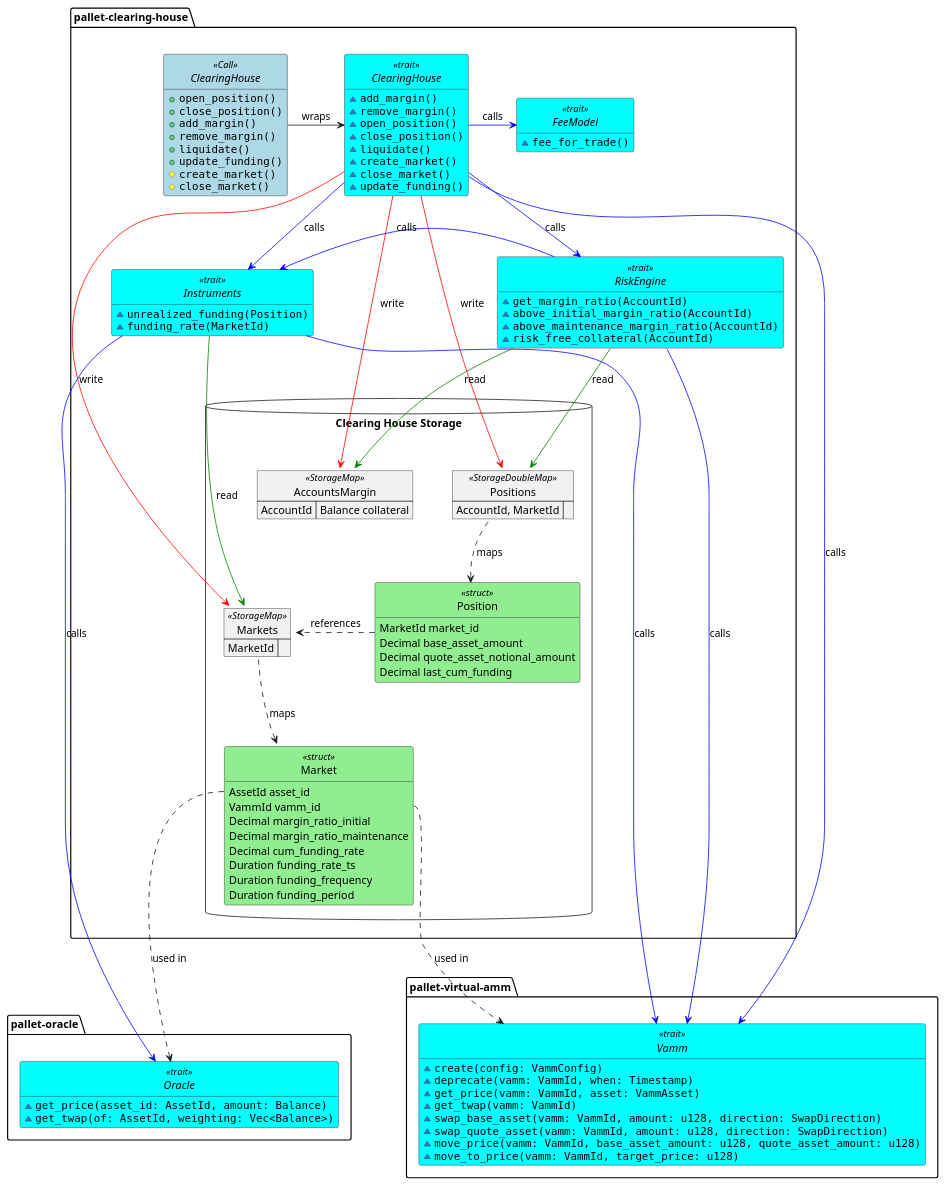
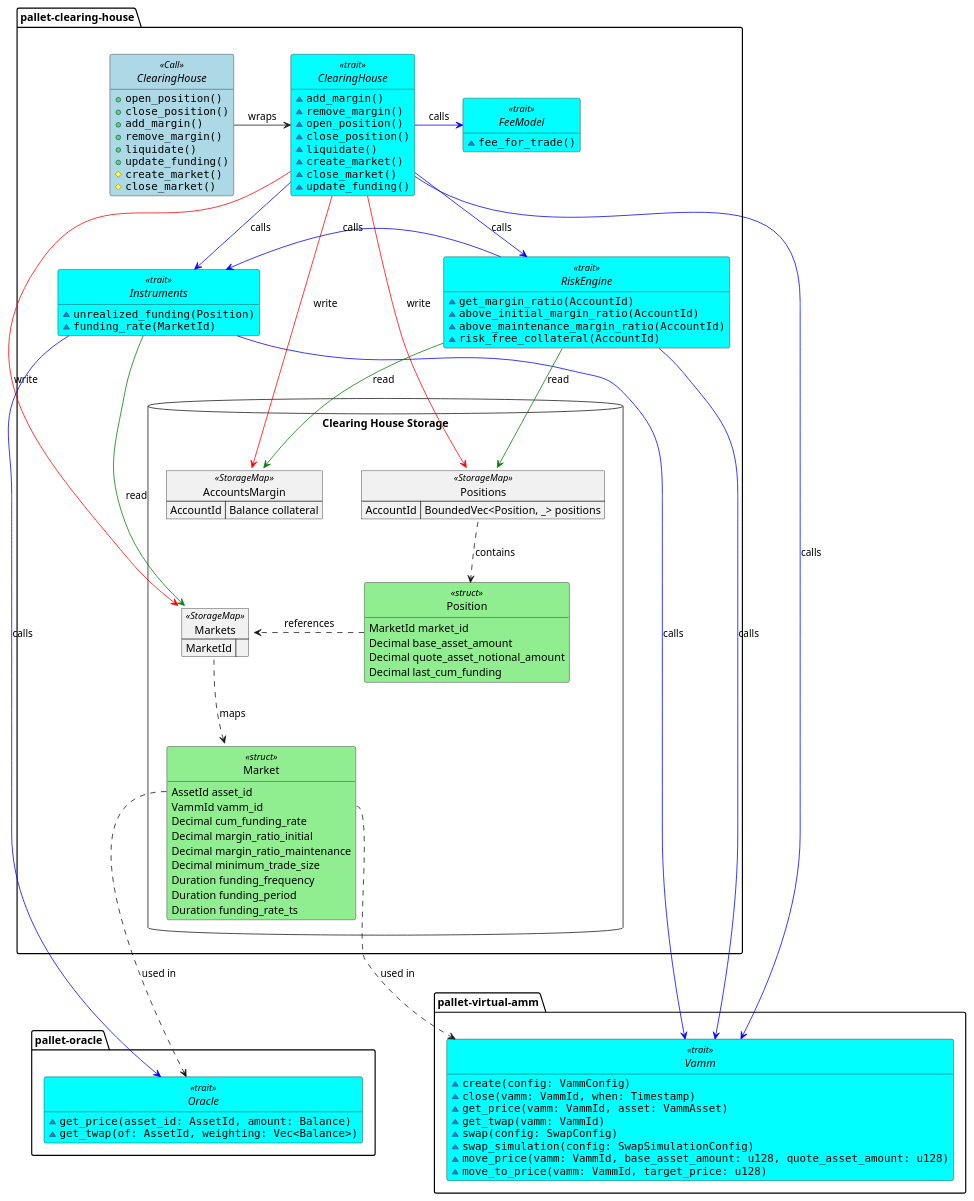
One commit to ComposableFi/composable changed the diagram in frame/clearing-house/diagrams/clearing-house.plantuml. Above: the diagram before and after it, drawn with PlantUML.

Commit message:
docs(CH): update clearing-house.plantuml
CU-24vkvfy[IN REVIEW]

```diff
--- a/frame/clearing-house/diagrams/clearing-house.plantuml
+++ b/frame/clearing-house/diagrams/clearing-house.plantuml
@@ -1,156 +1,157 @@
 @startuml clearing-house
 
 <style>
 .struct {
     BackgroundColor LightGreen
 }
 .Call {
     BackgroundColor LightBlue
 }
 .trait {
     BackgroundColor Cyan
 }
 </style>
 
 package "pallet-clearing-house" {
     interface ClearingHouse <<Call>> {
         + ""open_position()""
         + ""close_position()""
         + ""add_margin()""
         + ""remove_margin()""
         + ""liquidate()""
         + ""update_funding()""
         # ""create_market()""
         # ""close_market()""
     }
 
     interface "ClearingHouse" as CH <<trait>> {
         ~ ""add_margin()""
         ~ ""remove_margin()""
         ~ ""open_position()""
         ~ ""close_position()""
         ~ ""liquidate()""
         ~ ""create_market()""
         ~ ""close_market()""
         ~ ""update_funding()""
     }
     
     interface "RiskEngine" as RETrait <<trait>> {
         ~ ""get_margin_ratio(AccountId)""
         ~ ""above_initial_margin_ratio(AccountId)""
         ~ ""above_maintenance_margin_ratio(AccountId)""
         ~ ""risk_free_collateral(AccountId)""
         '~ get_free_collateral()
     }
     
     interface "Instruments" as ITrait <<trait>> {
         ~ ""unrealized_funding(Position)""
         ~ ""funding_rate(MarketId)""
     }
 
     interface "FeeModel" as FTrait <<trait>> {
         ~ ""fee_for_trade()""
     }
 
     database "Clearing House Storage" {
         map "AccountsMargin" as MarginAccounts <<StorageMap>> {
             AccountId => Balance collateral
         }
 
-        map Positions <<StorageDoubleMap>> {
-            AccountId, MarketId =>
+        map Positions <<StorageMap>> {
+            AccountId => BoundedVec<Position, _> positions
         }
 
         map Markets <<StorageMap>> {
             MarketId =>
         }
 
         class Position <<struct>> {
             MarketId market_id
             Decimal base_asset_amount
             Decimal quote_asset_notional_amount
             Decimal last_cum_funding
         }
 
         class Market <<struct>> {
             AssetId asset_id
             VammId vamm_id
+            Decimal cum_funding_rate
             Decimal margin_ratio_initial
             Decimal margin_ratio_maintenance
-            Decimal cum_funding_rate
-            Duration funding_rate_ts
+            Decimal minimum_trade_size
             Duration funding_frequency
             Duration funding_period
+            Duration funding_rate_ts
         }
     }
 }
 
 package "pallet-virtual-amm" {
     interface "Vamm" as vAmm <<trait>> {
         ~ ""create(config: VammConfig)""
-        ~ ""deprecate(vamm: VammId, when: Timestamp)""
+        ~ ""close(vamm: VammId, when: Timestamp)""
         ~ ""get_price(vamm: VammId, asset: VammAsset)""
         ~ ""get_twap(vamm: VammId)""
-        ~ ""swap_base_asset(vamm: VammId, amount: u128, direction: SwapDirection)""
-        ~ ""swap_quote_asset(vamm: VammId, amount: u128, direction: SwapDirection)""
+        ~ ""swap(config: SwapConfig)""
+        ~ ""swap_simulation(config: SwapSimulationConfig)""
         ~ ""move_price(vamm: VammId, base_asset_amount: u128, quote_asset_amount: u128)""
         ~ ""move_to_price(vamm: VammId, target_price: u128)""
     }
 }
 
 package "pallet-oracle" {
     interface Oracle <<trait>> {
         ~ ""get_price(asset_id: AssetId, amount: Balance)""
         ~ ""get_twap(of: AssetId, weighting: Vec<Balance>)""
     }
 }
 
 hide empty members
 hide circle
 
 '================== Storage relationships
 Markets ..down> Market : maps
 Market::vamm_id ..> vAmm : used in
 Market::asset_id ..> Oracle : used in
 
-Positions ..down> Position: maps
+Positions::positions ..down> Position: contains
 Position ..right> Markets : references
 
 '================== Control flow relationships             
 ClearingHouse -> CH : wraps
 
 CH -[#blue]-> ITrait : calls
 
 'add_margin
 'remove_margin
 CH -[#red]-> MarginAccounts : write
 
 'create_market
 'close_market
 CH -[#red]-> Markets : write
 
 'remove_margin
 CH -[#blue]-> RETrait : calls
 
 'open_position
 'close_position
 'liquidate
 CH -[#red]-> Positions : write
 CH -[#blue]right> FTrait : calls
 
 'open_position
 'close_position
 CH -[#blue]-> vAmm : calls
 
 'update_funding
 ITrait -[#green]-> Markets : read
 ITrait -[#blue]-> Oracle : calls
 ITrait -[#blue]-> vAmm : calls
 
 'get_margin_ratio
 RETrait -[#green]-> MarginAccounts : read
 RETrait -[#green]-> Positions : read
 RETrait -left[#blue]> ITrait : calls
 RETrait -[#blue]-> vAmm : calls
 
 @enduml
```
